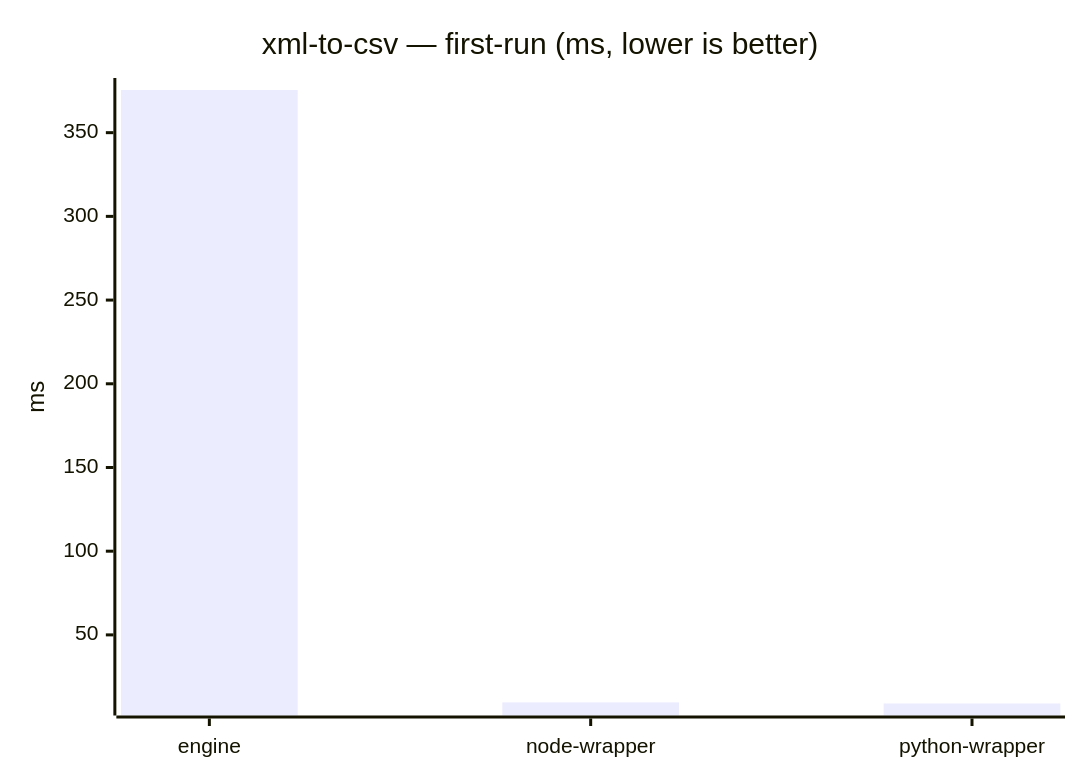
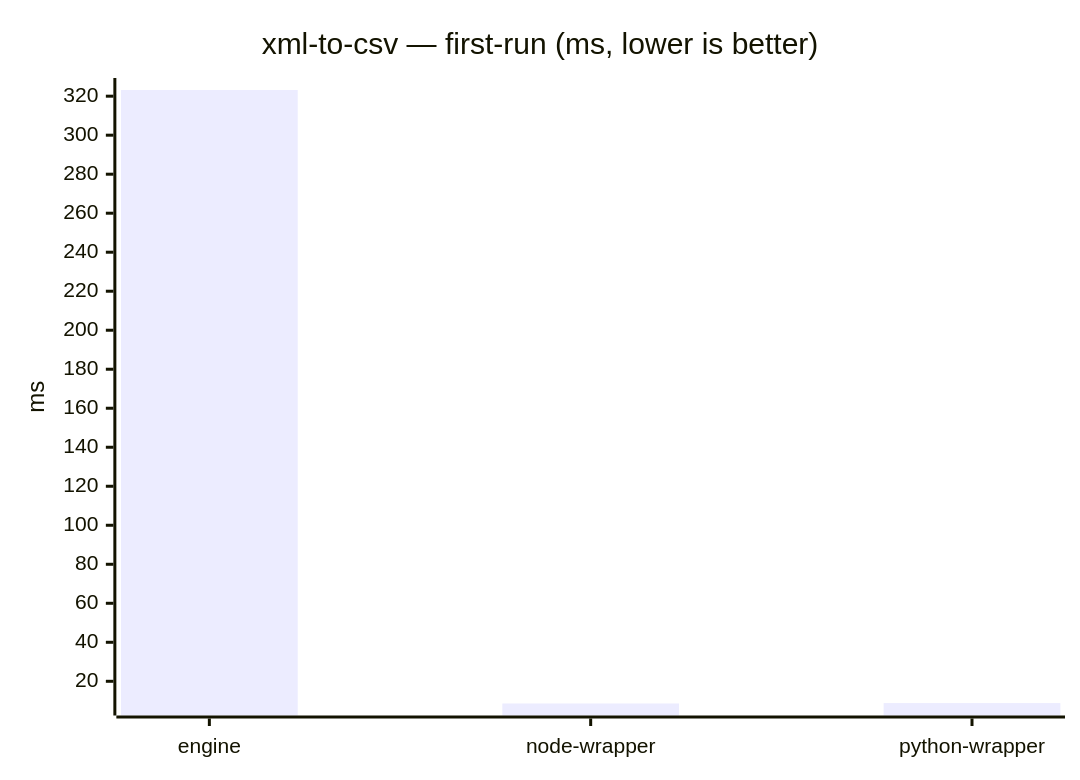
The ninth of 23 diagrams in benchmarks/report/RESULTS.md (mulesoft/data-weave-cli), drawn with Mermaid before and after one commit. The commit also changed other lines of this file, not shown here.

````diff
--- a/benchmarks/report/RESULTS.md
+++ b/benchmarks/report/RESULTS.md
@@ -116,7 +116,7 @@
 ```mermaid
 xychart-beta
     title "xml-to-csv — first-run (ms, lower is better)"
     x-axis ["engine", "node-wrapper", "python-wrapper"]
     y-axis "ms"
-    bar [375.49, 9.671, 9.014]
+    bar [323.172, 8.615, 8.832]
 ```
````
